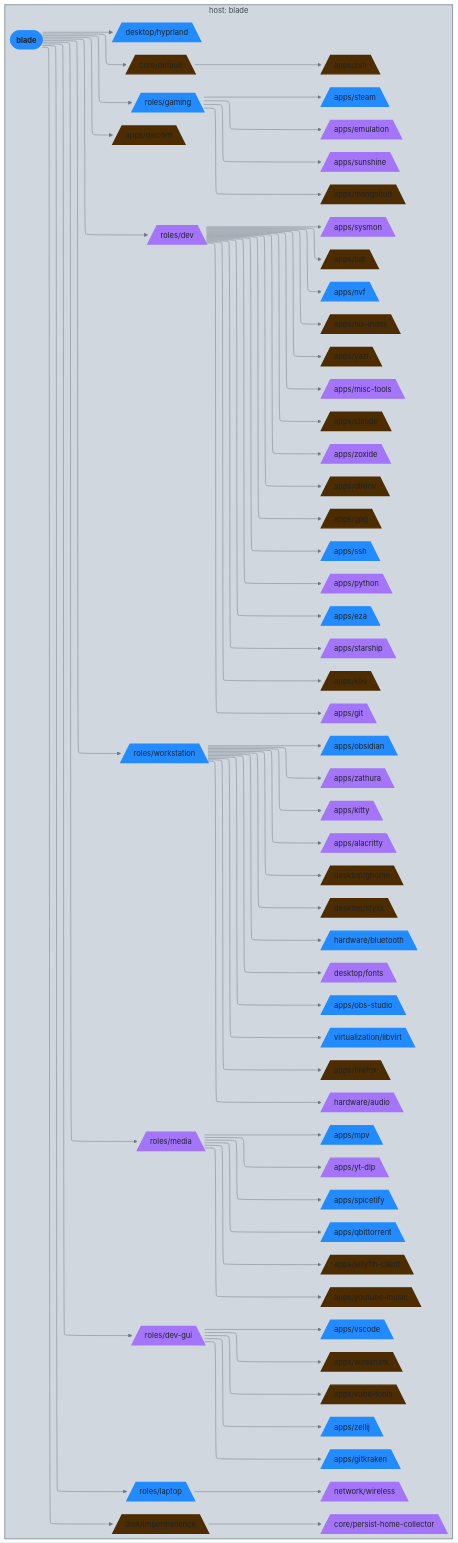
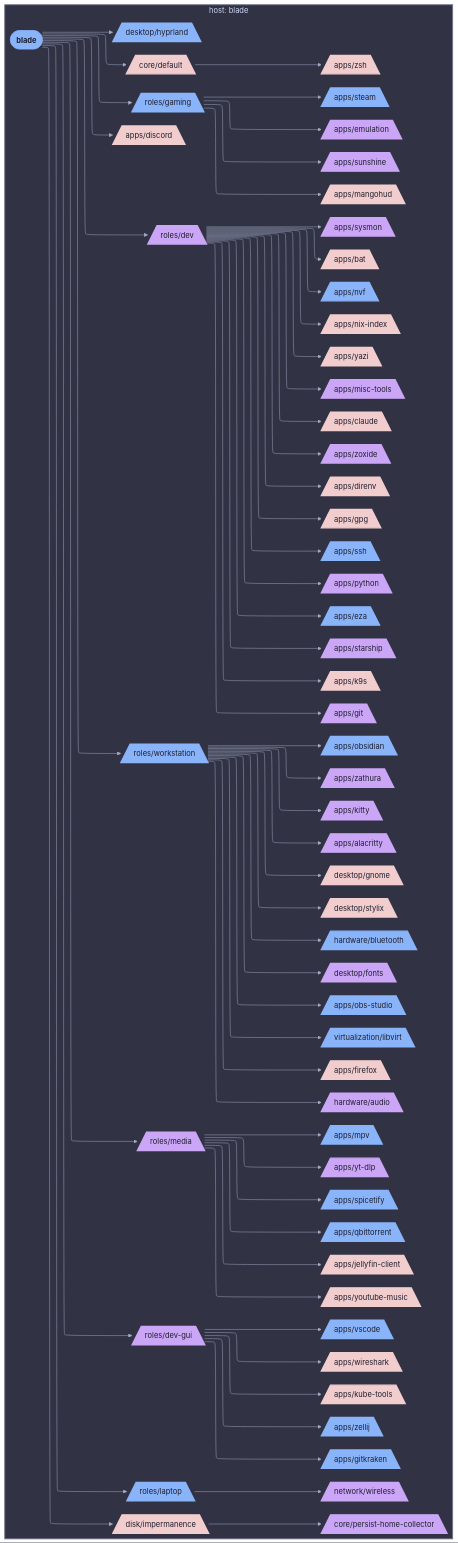
Before and after one commit to sini/nix-config: the diagram in diagrams/hosts/blade/class-homeManager.md, drawn with Mermaid. The commit also changed 142 other files, not shown here.

First line of the commit message:
feat(diagrams): use projectScope for per-host/user views

````diff
--- a/diagrams/hosts/blade/class-homeManager.md
+++ b/diagrams/hosts/blade/class-homeManager.md
@@ -5,5 +5,5 @@
 ```mermaid
-%%{init: {"elk":{"mergeEdges":true,"nodePlacementStrategy":"BRANDES_KOEPF"},"flowchart":{"wrappingWidth":600},"layout":"elk","theme":"base","themeVariables":{"activationBkgColor":"#d0d7de","activationBorderColor":"#8c959f","actorBkg":"#d0d7de","actorBorder":"#6e7781","actorLineColor":"#6e7781","actorTextColor":"#424a53","background":"#eaeef2","classText":"#424a53","clusterBkg":"#d0d7de","clusterBorder":"#8c959f","edgeLabelBackground":"#eaeef2","labelBoxBkgColor":"#d0d7de","labelBoxBorderColor":"#6e7781","labelTextColor":"#424a53","lineColor":"#6e7781","loopTextColor":"#424a53","mainBkg":"#d0d7de","nodeBkg":"#d0d7de","nodeBorder":"#6e7781","nodeTextColor":"#424a53","noteBkgColor":"#d0d7de","noteBorderColor":"#8c959f","noteTextColor":"#424a53","pie1":"#fa4549","pie2":"#e16f24","pie3":"#bf8700","pie4":"#2da44e","pie5":"#339D9B","pie6":"#218bff","pie7":"#a475f9","pie8":"#4d2d00","pieLegendTextColor":"#424a53","pieOuterStrokeColor":"#8c959f","pieSectionTextColor":"#424a53","pieStrokeColor":"#8c959f","pieTitleTextColor":"#424a53","primaryBorderColor":"#6e7781","primaryColor":"#d0d7de","primaryTextColor":"#424a53","secondBkg":"#d0d7de","secondaryBorderColor":"#8c959f","secondaryColor":"#d0d7de","secondaryTextColor":"#424a53","sequenceNumberColor":"#eaeef2","signalColor":"#6e7781","signalTextColor":"#424a53","tertiaryBorderColor":"#8c959f","tertiaryColor":"#d0d7de","tertiaryTextColor":"#424a53","textColor":"#424a53","titleColor":"#424a53"}}}%%
+%%{init: {"elk":{"mergeEdges":true,"nodePlacementStrategy":"BRANDES_KOEPF"},"flowchart":{"wrappingWidth":600},"layout":"elk","theme":"base","themeVariables":{"activationBkgColor":"#313244","activationBorderColor":"#6c7086","actorBkg":"#313244","actorBorder":"#a6adc8","actorLineColor":"#a6adc8","actorTextColor":"#cdd6f4","background":"#1e1e2e","classText":"#cdd6f4","clusterBkg":"#313244","clusterBorder":"#6c7086","edgeLabelBackground":"#1e1e2e","labelBoxBkgColor":"#313244","labelBoxBorderColor":"#a6adc8","labelTextColor":"#cdd6f4","lineColor":"#a6adc8","loopTextColor":"#cdd6f4","mainBkg":"#313244","nodeBkg":"#313244","nodeBorder":"#a6adc8","nodeTextColor":"#cdd6f4","noteBkgColor":"#313244","noteBorderColor":"#6c7086","noteTextColor":"#cdd6f4","pie1":"#f38ba8","pie2":"#fab387","pie3":"#f9e2af","pie4":"#a6e3a1","pie5":"#94e2d5","pie6":"#89b4fa","pie7":"#cba6f7","pie8":"#f2cdcd","pieLegendTextColor":"#cdd6f4","pieOuterStrokeColor":"#6c7086","pieSectionTextColor":"#cdd6f4","pieStrokeColor":"#6c7086","pieTitleTextColor":"#cdd6f4","primaryBorderColor":"#a6adc8","primaryColor":"#313244","primaryTextColor":"#cdd6f4","secondBkg":"#313244","secondaryBorderColor":"#6c7086","secondaryColor":"#313244","secondaryTextColor":"#cdd6f4","sequenceNumberColor":"#1e1e2e","signalColor":"#a6adc8","signalTextColor":"#cdd6f4","tertiaryBorderColor":"#6c7086","tertiaryColor":"#313244","tertiaryTextColor":"#cdd6f4","textColor":"#cdd6f4","titleColor":"#cdd6f4"}}}%%
 graph LR
   blade([blade]):::root
 
@@ -123,71 +123,71 @@
   end
 
 
-  classDef root fill:#218bff,stroke:#218bff,color:#1f2328,font-weight:bold
-  classDef apps__alacritty_c fill:#a475f9,stroke:#a475f9,color:#1f2328,stroke-width:3px
-  classDef apps_c fill:#2da44e,stroke:#2da44e,color:#1f2328,stroke-dasharray: 3 3,stroke-width:1px
-  classDef hardware__audio_c fill:#a475f9,stroke:#a475f9,color:#1f2328,stroke-width:3px
-  classDef apps__bat_c fill:#4d2d00,stroke:#4d2d00,color:#1f2328,stroke-width:3px
-  classDef blade_c fill:#4d2d00,stroke:#4d2d00,color:#1f2328,stroke-width:3px
-  classDef hardware__bluetooth_c fill:#218bff,stroke:#218bff,color:#1f2328,stroke-width:3px
-  classDef apps__claude_c fill:#4d2d00,stroke:#4d2d00,color:#1f2328,stroke-width:3px
-  classDef core_c fill:#bf8700,stroke:#bf8700,color:#1f2328,stroke-dasharray: 3 3,stroke-width:1px
-  classDef core__default_c fill:#4d2d00,stroke:#4d2d00,color:#1f2328,stroke-width:3px
-  classDef desktop_c fill:#2da44e,stroke:#2da44e,color:#1f2328,stroke-dasharray: 3 3,stroke-width:1px
-  classDef roles__dev_c fill:#a475f9,stroke:#a475f9,color:#1f2328,stroke-width:3px
-  classDef roles__dev_gui_c fill:#a475f9,stroke:#a475f9,color:#1f2328,stroke-width:3px
-  classDef apps__direnv_c fill:#4d2d00,stroke:#4d2d00,color:#1f2328,stroke-width:3px
-  classDef apps__discord_c fill:#4d2d00,stroke:#4d2d00,color:#1f2328,stroke-width:3px
-  classDef disk_c fill:#2da44e,stroke:#2da44e,color:#1f2328,stroke-dasharray: 3 3,stroke-width:1px
-  classDef apps__emulation_c fill:#a475f9,stroke:#a475f9,color:#1f2328,stroke-width:3px
-  classDef apps__eza_c fill:#218bff,stroke:#218bff,color:#1f2328,stroke-width:3px
-  classDef apps__firefox_c fill:#4d2d00,stroke:#4d2d00,color:#1f2328,stroke-width:3px
-  classDef desktop__fonts_c fill:#a475f9,stroke:#a475f9,color:#1f2328,stroke-width:3px
-  classDef roles__gaming_c fill:#218bff,stroke:#218bff,color:#1f2328,stroke-width:3px
-  classDef apps__git_c fill:#a475f9,stroke:#a475f9,color:#1f2328,stroke-width:3px
-  classDef apps__gitkraken_c fill:#218bff,stroke:#218bff,color:#1f2328,stroke-width:3px
-  classDef desktop__gnome_c fill:#4d2d00,stroke:#4d2d00,color:#1f2328,stroke-width:3px
-  classDef apps__gpg_c fill:#4d2d00,stroke:#4d2d00,color:#1f2328,stroke-width:3px
-  classDef hardware_c fill:#2da44e,stroke:#2da44e,color:#1f2328,stroke-dasharray: 3 3,stroke-width:1px
-  classDef desktop__hyprland_c fill:#218bff,stroke:#218bff,color:#1f2328,stroke-width:3px
-  classDef disk__impermanence_c fill:#4d2d00,stroke:#4d2d00,color:#1f2328,stroke-width:3px
-  classDef apps__jellyfin_client_c fill:#4d2d00,stroke:#4d2d00,color:#1f2328,stroke-width:3px
-  classDef apps__k9s_c fill:#4d2d00,stroke:#4d2d00,color:#1f2328,stroke-width:3px
-  classDef apps__kitty_c fill:#a475f9,stroke:#a475f9,color:#1f2328,stroke-width:3px
-  classDef apps__kube_tools_c fill:#4d2d00,stroke:#4d2d00,color:#1f2328,stroke-width:3px
-  classDef roles__laptop_c fill:#218bff,stroke:#218bff,color:#1f2328,stroke-width:3px
-  classDef virtualization__libvirt_c fill:#218bff,stroke:#218bff,color:#1f2328,stroke-width:3px
-  classDef apps__mangohud_c fill:#4d2d00,stroke:#4d2d00,color:#1f2328,stroke-width:3px
-  classDef roles__media_c fill:#a475f9,stroke:#a475f9,color:#1f2328,stroke-width:3px
-  classDef apps__misc_tools_c fill:#a475f9,stroke:#a475f9,color:#1f2328,stroke-width:3px
-  classDef apps__mpv_c fill:#218bff,stroke:#218bff,color:#1f2328,stroke-width:3px
-  classDef network_c fill:#e16f24,stroke:#e16f24,color:#1f2328,stroke-dasharray: 3 3,stroke-width:1px
-  classDef apps__nix_index_c fill:#4d2d00,stroke:#4d2d00,color:#1f2328,stroke-width:3px
-  classDef apps__nvf_c fill:#218bff,stroke:#218bff,color:#1f2328,stroke-width:3px
-  classDef apps__obs_studio_c fill:#218bff,stroke:#218bff,color:#1f2328,stroke-width:3px
-  classDef apps__obsidian_c fill:#218bff,stroke:#218bff,color:#1f2328,stroke-width:3px
-  classDef core__persist_home_collector_c fill:#a475f9,stroke:#a475f9,color:#1f2328,stroke-width:3px
-  classDef apps__python_c fill:#a475f9,stroke:#a475f9,color:#1f2328,stroke-width:3px
-  classDef apps__qbittorrent_c fill:#218bff,stroke:#218bff,color:#1f2328,stroke-width:3px
-  classDef roles_c fill:#2da44e,stroke:#2da44e,color:#1f2328,stroke-dasharray: 3 3,stroke-width:1px
-  classDef apps__spicetify_c fill:#218bff,stroke:#218bff,color:#1f2328,stroke-width:3px
-  classDef apps__ssh_c fill:#218bff,stroke:#218bff,color:#1f2328,stroke-width:3px
-  classDef apps__starship_c fill:#a475f9,stroke:#a475f9,color:#1f2328,stroke-width:3px
-  classDef apps__steam_c fill:#218bff,stroke:#218bff,color:#1f2328,stroke-width:3px
-  classDef desktop__stylix_c fill:#4d2d00,stroke:#4d2d00,color:#1f2328,stroke-width:3px
-  classDef apps__sunshine_c fill:#a475f9,stroke:#a475f9,color:#1f2328,stroke-width:3px
-  classDef apps__sysmon_c fill:#a475f9,stroke:#a475f9,color:#1f2328,stroke-width:3px
-  classDef virtualization_c fill:#e16f24,stroke:#e16f24,color:#1f2328,stroke-dasharray: 3 3,stroke-width:1px
-  classDef apps__vscode_c fill:#218bff,stroke:#218bff,color:#1f2328,stroke-width:3px
-  classDef network__wireless_c fill:#a475f9,stroke:#a475f9,color:#1f2328,stroke-width:3px
-  classDef apps__wireshark_c fill:#4d2d00,stroke:#4d2d00,color:#1f2328,stroke-width:3px
-  classDef roles__workstation_c fill:#218bff,stroke:#218bff,color:#1f2328,stroke-width:3px
-  classDef apps__yazi_c fill:#4d2d00,stroke:#4d2d00,color:#1f2328,stroke-width:3px
-  classDef apps__youtube_music_c fill:#4d2d00,stroke:#4d2d00,color:#1f2328,stroke-width:3px
-  classDef apps__yt_dlp_c fill:#a475f9,stroke:#a475f9,color:#1f2328,stroke-width:3px
-  classDef apps__zathura_c fill:#a475f9,stroke:#a475f9,color:#1f2328,stroke-width:3px
-  classDef apps__zellij_c fill:#218bff,stroke:#218bff,color:#1f2328,stroke-width:3px
-  classDef apps__zoxide_c fill:#a475f9,stroke:#a475f9,color:#1f2328,stroke-width:3px
-  classDef apps__zsh_c fill:#4d2d00,stroke:#4d2d00,color:#1f2328,stroke-width:3px
-style ctx_host_blade fill:#d0d7de,stroke:#8c959f,stroke-width:2px
+  classDef root fill:#89b4fa,stroke:#89b4fa,color:#1e1e2e,font-weight:bold
+  classDef apps__alacritty_c fill:#cba6f7,stroke:#cba6f7,color:#1e1e2e,stroke-width:3px
+  classDef apps_c fill:#a6e3a1,stroke:#a6e3a1,color:#1e1e2e,stroke-dasharray: 3 3,stroke-width:1px
+  classDef hardware__audio_c fill:#cba6f7,stroke:#cba6f7,color:#1e1e2e,stroke-width:3px
+  classDef apps__bat_c fill:#f2cdcd,stroke:#f2cdcd,color:#1e1e2e,stroke-width:3px
+  classDef blade_c fill:#f2cdcd,stroke:#f2cdcd,color:#1e1e2e,stroke-width:3px
+  classDef hardware__bluetooth_c fill:#89b4fa,stroke:#89b4fa,color:#1e1e2e,stroke-width:3px
+  classDef apps__claude_c fill:#f2cdcd,stroke:#f2cdcd,color:#1e1e2e,stroke-width:3px
+  classDef core_c fill:#f9e2af,stroke:#f9e2af,color:#1e1e2e,stroke-dasharray: 3 3,stroke-width:1px
+  classDef core__default_c fill:#f2cdcd,stroke:#f2cdcd,color:#1e1e2e,stroke-width:3px
+  classDef desktop_c fill:#a6e3a1,stroke:#a6e3a1,color:#1e1e2e,stroke-dasharray: 3 3,stroke-width:1px
+  classDef roles__dev_c fill:#cba6f7,stroke:#cba6f7,color:#1e1e2e,stroke-width:3px
+  classDef roles__dev_gui_c fill:#cba6f7,stroke:#cba6f7,color:#1e1e2e,stroke-width:3px
+  classDef apps__direnv_c fill:#f2cdcd,stroke:#f2cdcd,color:#1e1e2e,stroke-width:3px
+  classDef apps__discord_c fill:#f2cdcd,stroke:#f2cdcd,color:#1e1e2e,stroke-width:3px
+  classDef disk_c fill:#a6e3a1,stroke:#a6e3a1,color:#1e1e2e,stroke-dasharray: 3 3,stroke-width:1px
+  classDef apps__emulation_c fill:#cba6f7,stroke:#cba6f7,color:#1e1e2e,stroke-width:3px
+  classDef apps__eza_c fill:#89b4fa,stroke:#89b4fa,color:#1e1e2e,stroke-width:3px
+  classDef apps__firefox_c fill:#f2cdcd,stroke:#f2cdcd,color:#1e1e2e,stroke-width:3px
+  classDef desktop__fonts_c fill:#cba6f7,stroke:#cba6f7,color:#1e1e2e,stroke-width:3px
+  classDef roles__gaming_c fill:#89b4fa,stroke:#89b4fa,color:#1e1e2e,stroke-width:3px
+  classDef apps__git_c fill:#cba6f7,stroke:#cba6f7,color:#1e1e2e,stroke-width:3px
+  classDef apps__gitkraken_c fill:#89b4fa,stroke:#89b4fa,color:#1e1e2e,stroke-width:3px
+  classDef desktop__gnome_c fill:#f2cdcd,stroke:#f2cdcd,color:#1e1e2e,stroke-width:3px
+  classDef apps__gpg_c fill:#f2cdcd,stroke:#f2cdcd,color:#1e1e2e,stroke-width:3px
+  classDef hardware_c fill:#a6e3a1,stroke:#a6e3a1,color:#1e1e2e,stroke-dasharray: 3 3,stroke-width:1px
+  classDef desktop__hyprland_c fill:#89b4fa,stroke:#89b4fa,color:#1e1e2e,stroke-width:3px
+  classDef disk__impermanence_c fill:#f2cdcd,stroke:#f2cdcd,color:#1e1e2e,stroke-width:3px
+  classDef apps__jellyfin_client_c fill:#f2cdcd,stroke:#f2cdcd,color:#1e1e2e,stroke-width:3px
+  classDef apps__k9s_c fill:#f2cdcd,stroke:#f2cdcd,color:#1e1e2e,stroke-width:3px
+  classDef apps__kitty_c fill:#cba6f7,stroke:#cba6f7,color:#1e1e2e,stroke-width:3px
+  classDef apps__kube_tools_c fill:#f2cdcd,stroke:#f2cdcd,color:#1e1e2e,stroke-width:3px
+  classDef roles__laptop_c fill:#89b4fa,stroke:#89b4fa,color:#1e1e2e,stroke-width:3px
+  classDef virtualization__libvirt_c fill:#89b4fa,stroke:#89b4fa,color:#1e1e2e,stroke-width:3px
+  classDef apps__mangohud_c fill:#f2cdcd,stroke:#f2cdcd,color:#1e1e2e,stroke-width:3px
+  classDef roles__media_c fill:#cba6f7,stroke:#cba6f7,color:#1e1e2e,stroke-width:3px
+  classDef apps__misc_tools_c fill:#cba6f7,stroke:#cba6f7,color:#1e1e2e,stroke-width:3px
+  classDef apps__mpv_c fill:#89b4fa,stroke:#89b4fa,color:#1e1e2e,stroke-width:3px
+  classDef network_c fill:#fab387,stroke:#fab387,color:#1e1e2e,stroke-dasharray: 3 3,stroke-width:1px
+  classDef apps__nix_index_c fill:#f2cdcd,stroke:#f2cdcd,color:#1e1e2e,stroke-width:3px
+  classDef apps__nvf_c fill:#89b4fa,stroke:#89b4fa,color:#1e1e2e,stroke-width:3px
+  classDef apps__obs_studio_c fill:#89b4fa,stroke:#89b4fa,color:#1e1e2e,stroke-width:3px
+  classDef apps__obsidian_c fill:#89b4fa,stroke:#89b4fa,color:#1e1e2e,stroke-width:3px
+  classDef core__persist_home_collector_c fill:#cba6f7,stroke:#cba6f7,color:#1e1e2e,stroke-width:3px
+  classDef apps__python_c fill:#cba6f7,stroke:#cba6f7,color:#1e1e2e,stroke-width:3px
+  classDef apps__qbittorrent_c fill:#89b4fa,stroke:#89b4fa,color:#1e1e2e,stroke-width:3px
+  classDef roles_c fill:#a6e3a1,stroke:#a6e3a1,color:#1e1e2e,stroke-dasharray: 3 3,stroke-width:1px
+  classDef apps__spicetify_c fill:#89b4fa,stroke:#89b4fa,color:#1e1e2e,stroke-width:3px
+  classDef apps__ssh_c fill:#89b4fa,stroke:#89b4fa,color:#1e1e2e,stroke-width:3px
+  classDef apps__starship_c fill:#cba6f7,stroke:#cba6f7,color:#1e1e2e,stroke-width:3px
+  classDef apps__steam_c fill:#89b4fa,stroke:#89b4fa,color:#1e1e2e,stroke-width:3px
+  classDef desktop__stylix_c fill:#f2cdcd,stroke:#f2cdcd,color:#1e1e2e,stroke-width:3px
+  classDef apps__sunshine_c fill:#cba6f7,stroke:#cba6f7,color:#1e1e2e,stroke-width:3px
+  classDef apps__sysmon_c fill:#cba6f7,stroke:#cba6f7,color:#1e1e2e,stroke-width:3px
+  classDef virtualization_c fill:#fab387,stroke:#fab387,color:#1e1e2e,stroke-dasharray: 3 3,stroke-width:1px
+  classDef apps__vscode_c fill:#89b4fa,stroke:#89b4fa,color:#1e1e2e,stroke-width:3px
+  classDef network__wireless_c fill:#cba6f7,stroke:#cba6f7,color:#1e1e2e,stroke-width:3px
+  classDef apps__wireshark_c fill:#f2cdcd,stroke:#f2cdcd,color:#1e1e2e,stroke-width:3px
+  classDef roles__workstation_c fill:#89b4fa,stroke:#89b4fa,color:#1e1e2e,stroke-width:3px
+  classDef apps__yazi_c fill:#f2cdcd,stroke:#f2cdcd,color:#1e1e2e,stroke-width:3px
+  classDef apps__youtube_music_c fill:#f2cdcd,stroke:#f2cdcd,color:#1e1e2e,stroke-width:3px
+  classDef apps__yt_dlp_c fill:#cba6f7,stroke:#cba6f7,color:#1e1e2e,stroke-width:3px
+  classDef apps__zathura_c fill:#cba6f7,stroke:#cba6f7,color:#1e1e2e,stroke-width:3px
+  classDef apps__zellij_c fill:#89b4fa,stroke:#89b4fa,color:#1e1e2e,stroke-width:3px
+  classDef apps__zoxide_c fill:#cba6f7,stroke:#cba6f7,color:#1e1e2e,stroke-width:3px
+  classDef apps__zsh_c fill:#f2cdcd,stroke:#f2cdcd,color:#1e1e2e,stroke-width:3px
+style ctx_host_blade fill:#313244,stroke:#6c7086,stroke-width:2px
 ```
````
